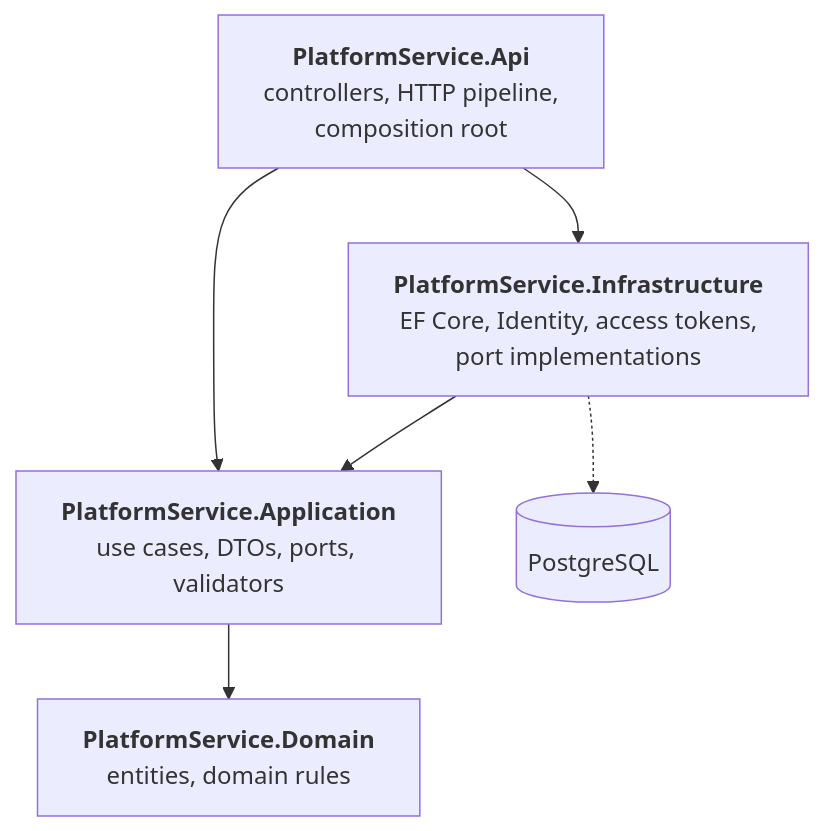
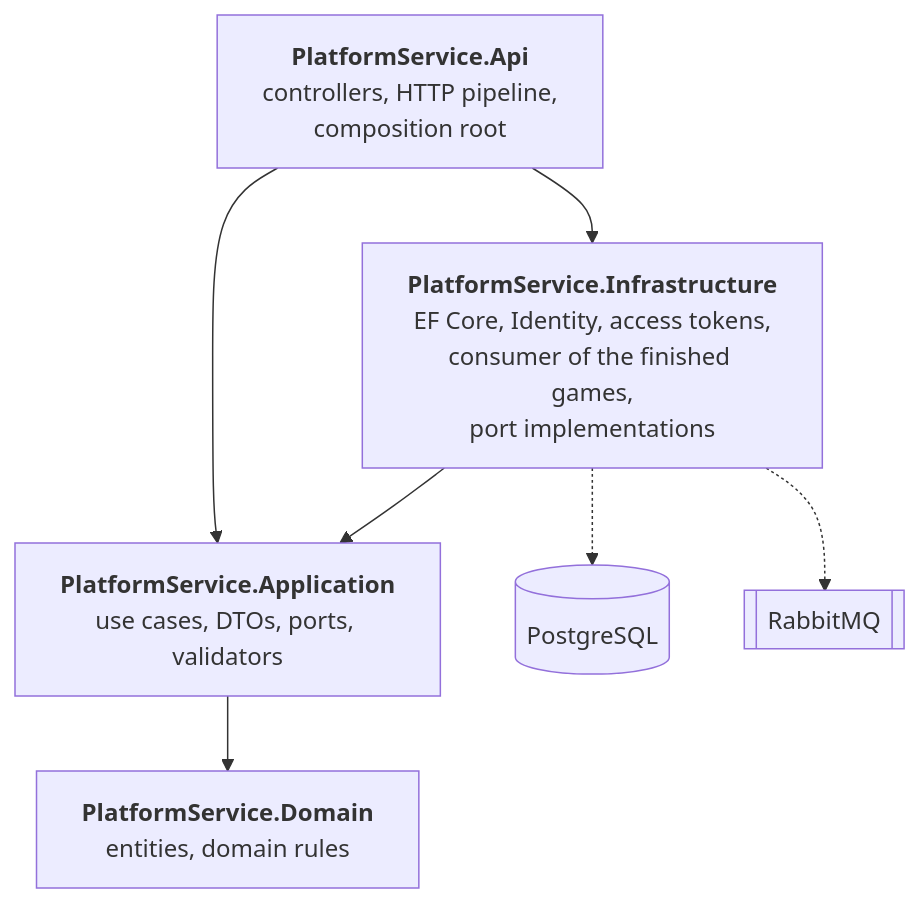
The first of 5 diagrams in docs/architecture.md (szoftarch-chess-platform/platform-service), drawn with Mermaid before and after one commit. The commit also changed other lines of this file and 29 other files, not shown here.

First line of the commit message:
Consume the finished games from RabbitMQ

````diff
--- a/docs/architecture.md
+++ b/docs/architecture.md
@@ -9,14 +9,16 @@
 ```mermaid
 flowchart TD
     Api["<b>PlatformService.Api</b><br/>controllers, HTTP pipeline,<br/>composition root"]
     App["<b>PlatformService.Application</b><br/>use cases, DTOs, ports, validators"]
     Dom["<b>PlatformService.Domain</b><br/>entities, domain rules"]
-    Infra["<b>PlatformService.Infrastructure</b><br/>EF Core, Identity, access tokens,<br/>port implementations"]
+    Infra["<b>PlatformService.Infrastructure</b><br/>EF Core, Identity, access tokens,<br/>consumer of the finished games,<br/>port implementations"]
     Pg[("PostgreSQL")]
+    Mq[["RabbitMQ"]]
 
     Api --> App
     Api --> Infra
     Infra --> App
     App --> Dom
     Infra -.-> Pg
+    Infra -.-> Mq
 ```
````
